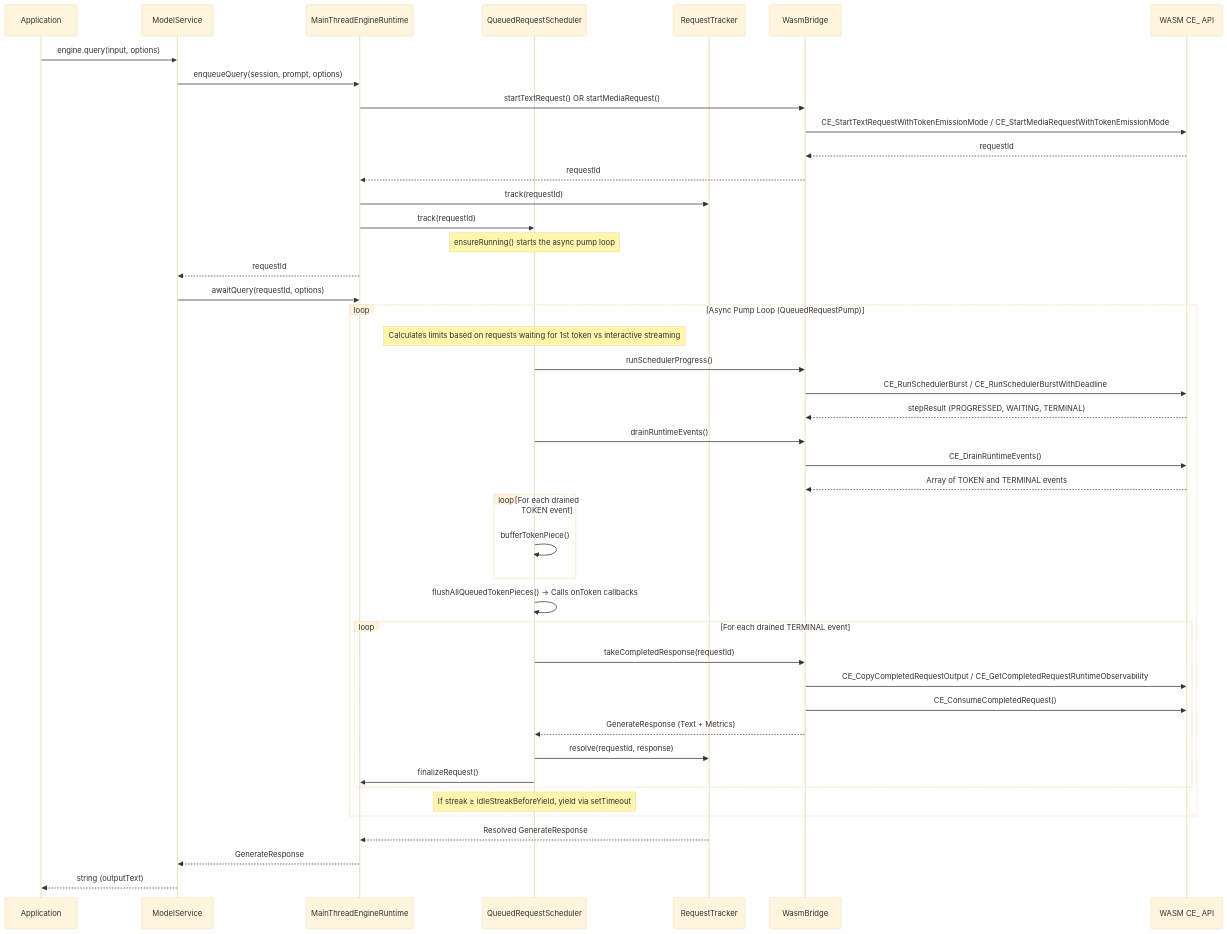
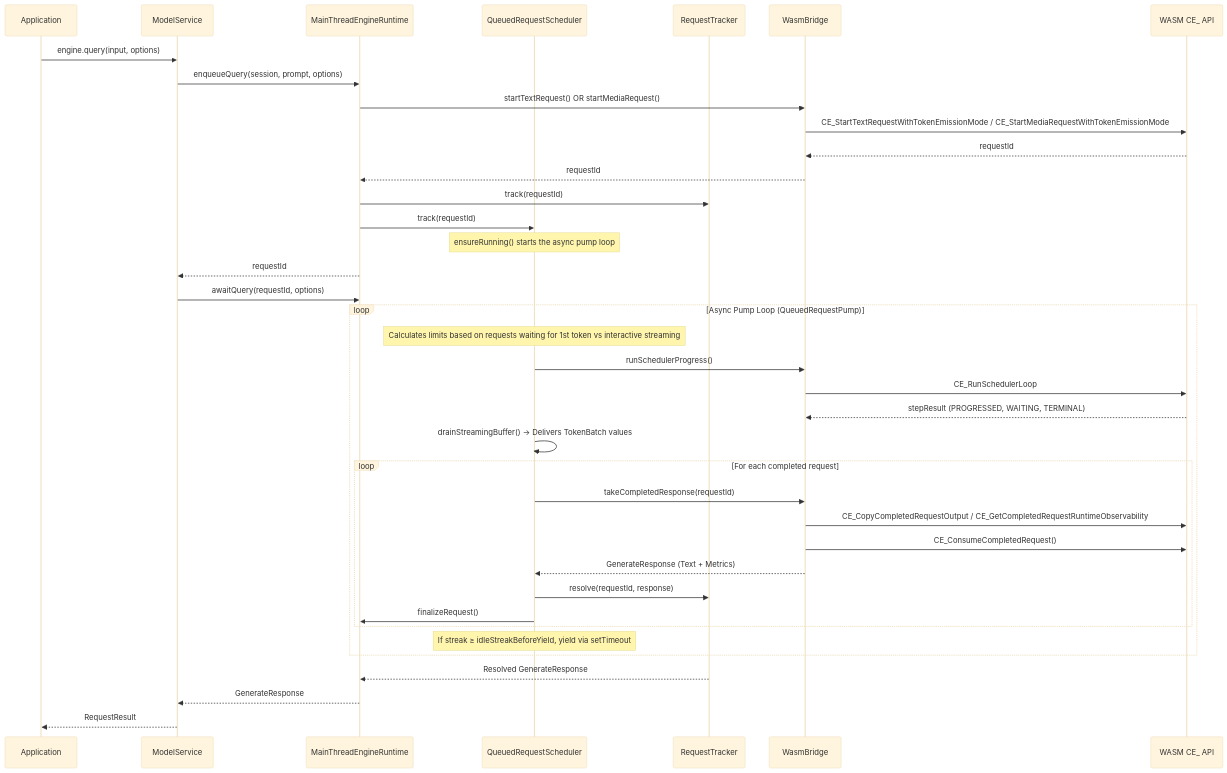
The third of 6 diagrams in packages/cogentlm/docs/inference_system_design.md (noumena-labs/Sipp), drawn with Mermaid (base theme) before and after one commit. The commit also changed other lines of this file and 159 other files, not shown here.

````diff
--- a/packages/cogentlm/docs/inference_system_design.md
+++ b/packages/cogentlm/docs/inference_system_design.md
@@ -132,58 +140,50 @@
 ```mermaid
 sequenceDiagram
     participant App as Application
     participant MS as ModelService
     participant RT as MainThreadEngineRuntime
     participant Sched as QueuedRequestScheduler
     participant Tracker as RequestTracker
     participant Bridge as WasmBridge
     participant Wasm as WASM CE_ API
 
     App->>MS: engine.query(input, options)
     MS->>RT: enqueueQuery(session, prompt, options)
     
     RT->>Bridge: startTextRequest() OR startMediaRequest()
     Bridge->>Wasm: CE_StartTextRequestWithTokenEmissionMode / CE_StartMediaRequestWithTokenEmissionMode
     Wasm-->>Bridge: requestId
     Bridge-->>RT: requestId
 
     RT->>Tracker: track(requestId)
     RT->>Sched: track(requestId)
     Note over Sched: ensureRunning() starts the async pump loop
     
     RT-->>MS: requestId
     MS->>RT: awaitQuery(requestId, options)
     
     loop Async Pump Loop (QueuedRequestPump)
         Note over Sched: Calculates limits based on requests waiting for 1st token vs interactive streaming
 
         Sched->>Bridge: runSchedulerProgress()
-        Bridge->>Wasm: CE_RunSchedulerBurst / CE_RunSchedulerBurstWithDeadline
+        Bridge->>Wasm: CE_RunSchedulerLoop
         Wasm-->>Bridge: stepResult (PROGRESSED, WAITING, TERMINAL)
 
-        Sched->>Bridge: drainRuntimeEvents()
-        Bridge->>Wasm: CE_DrainRuntimeEvents()
-        Wasm-->>Bridge: Array of TOKEN and TERMINAL events
+        Sched->>Sched: drainStreamingBuffer() → Delivers TokenBatch values
 
-        loop For each drained TOKEN event
-            Sched->>Sched: bufferTokenPiece()
-        end
-        
-        Sched->>Sched: flushAllQueuedTokenPieces() → Calls onToken callbacks
-
-        loop For each drained TERMINAL event
+        loop For each completed request
             Sched->>Bridge: takeCompletedResponse(requestId)
             Bridge->>Wasm: CE_CopyCompletedRequestOutput / CE_GetCompletedRequestRuntimeObservability
             Bridge->>Wasm: CE_ConsumeCompletedRequest()
             Bridge-->>Sched: GenerateResponse (Text + Metrics)
             Sched->>Tracker: resolve(requestId, response)
             Sched->>RT: finalizeRequest()
         end
         
         Note over Sched: If streak ≥ idleStreakBeforeYield, yield via setTimeout
     end
     
     Tracker-->>RT: Resolved GenerateResponse
     RT-->>MS: GenerateResponse
-    MS-->>App: string (outputText)
+    MS-->>App: RequestResult
 ```
````
